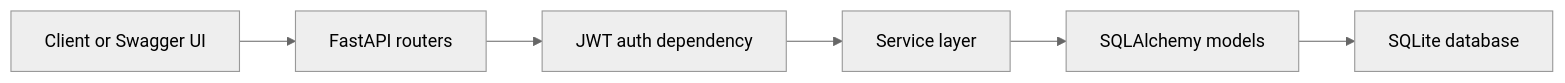
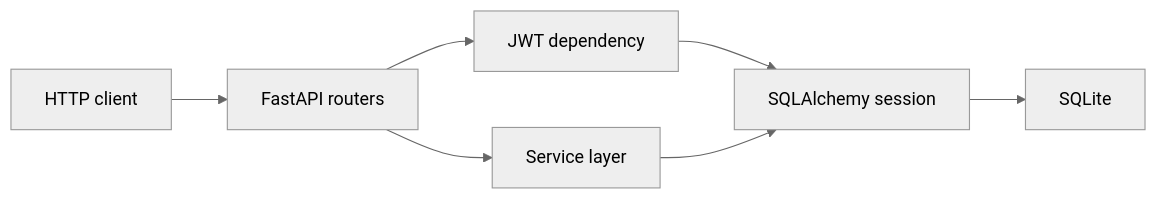
Before and after one commit to JackIABishop/eagle-bank-rest-api: the diagram in README.md, drawn with Mermaid (neutral theme). The commit also changed other lines of this file and 3 other files, not shown here.

````diff
--- a/README.md
+++ b/README.md
@@ -118,8 +88,9 @@
 ```mermaid
 flowchart LR
-    Client["Client or Swagger UI"] --> Router["FastAPI routers"]
-    Router --> Auth["JWT auth dependency"]
-    Auth --> Services["Service layer"]
-    Services --> Models["SQLAlchemy models"]
-    Models --> DB["SQLite database"]
+    Client["HTTP client"] --> Router["FastAPI routers"]
+    Router --> Auth["JWT dependency"]
+    Router --> Service["Service layer"]
+    Auth --> Database["SQLAlchemy session"]
+    Service --> Database
+    Database --> SQLite["SQLite"]
 ```
````
